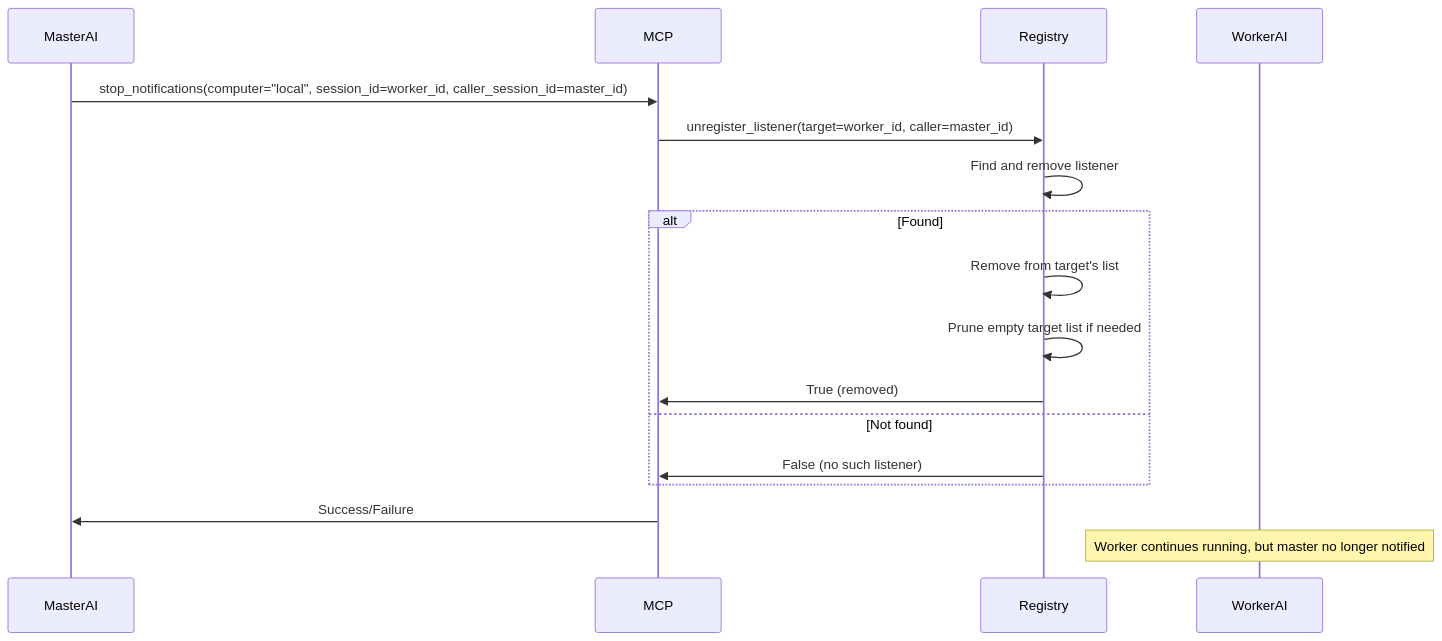
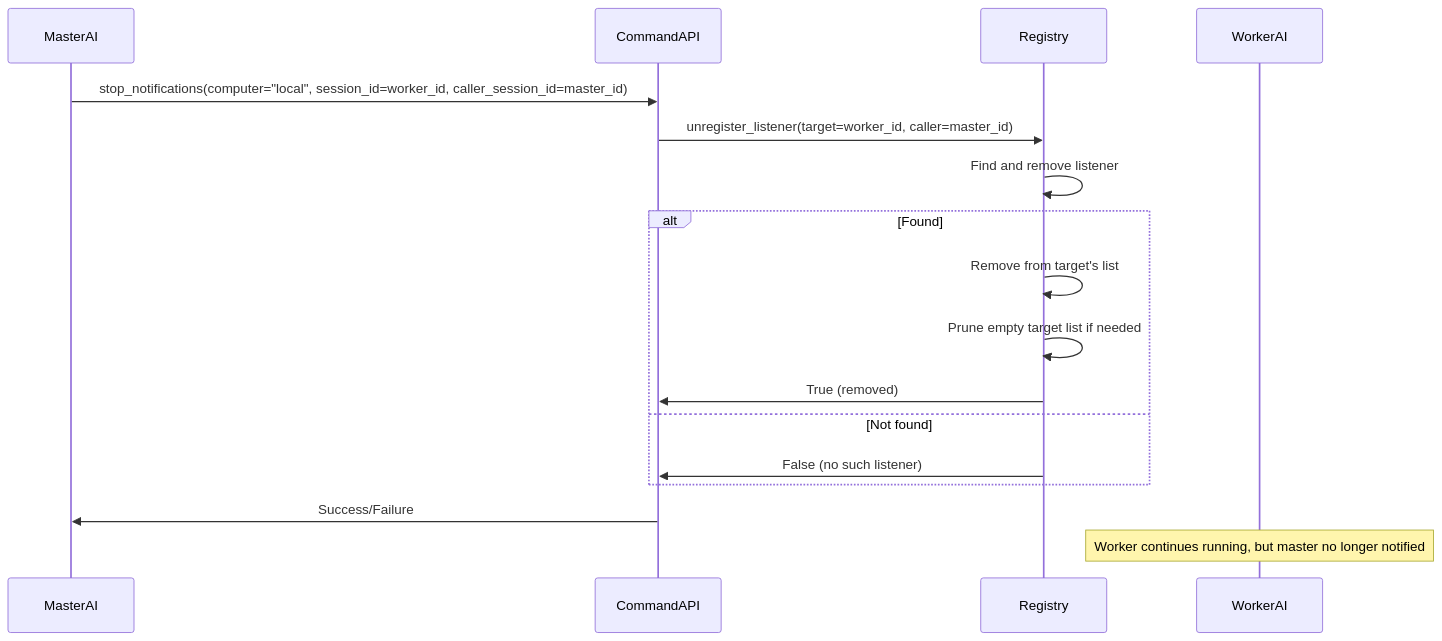
One commit to InstruktAI/TeleClaude changed the fourth of 4 diagrams in docs/project/design/architecture/session-listeners.md. Above: the diagram before and after it, drawn with Mermaid. The commit also changed other lines of this file and 149 other files, not shown here.

````diff
--- a/docs/project/design/architecture/session-listeners.md
+++ b/docs/project/design/architecture/session-listeners.md
@@ -137,19 +137,19 @@
 ```mermaid
 sequenceDiagram
     participant MasterAI
-    participant MCP
+    participant CommandAPI
     participant Registry
 
-    MasterAI->>MCP: stop_notifications(computer="local", session_id=worker_id, caller_session_id=master_id)
-    MCP->>Registry: unregister_listener(target=worker_id, caller=master_id)
+    MasterAI->>CommandAPI: stop_notifications(computer="local", session_id=worker_id, caller_session_id=master_id)
+    CommandAPI->>Registry: unregister_listener(target=worker_id, caller=master_id)
     Registry->>Registry: Find and remove listener
     alt Found
         Registry->>Registry: Remove from target's list
         Registry->>Registry: Prune empty target list if needed
-        Registry->>MCP: True (removed)
+        Registry->>CommandAPI: True (removed)
     else Not found
-        Registry->>MCP: False (no such listener)
+        Registry->>CommandAPI: False (no such listener)
     end
-    MCP->>MasterAI: Success/Failure
+    CommandAPI->>MasterAI: Success/Failure
     Note over WorkerAI: Worker continues running, but master no longer notified
 ```
````
